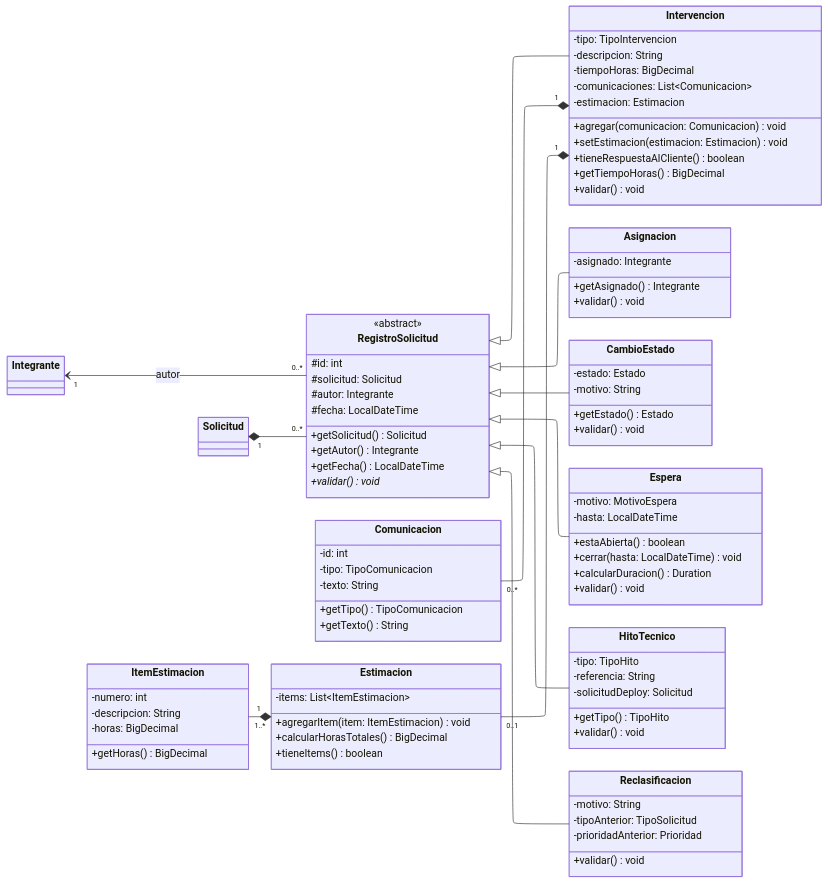
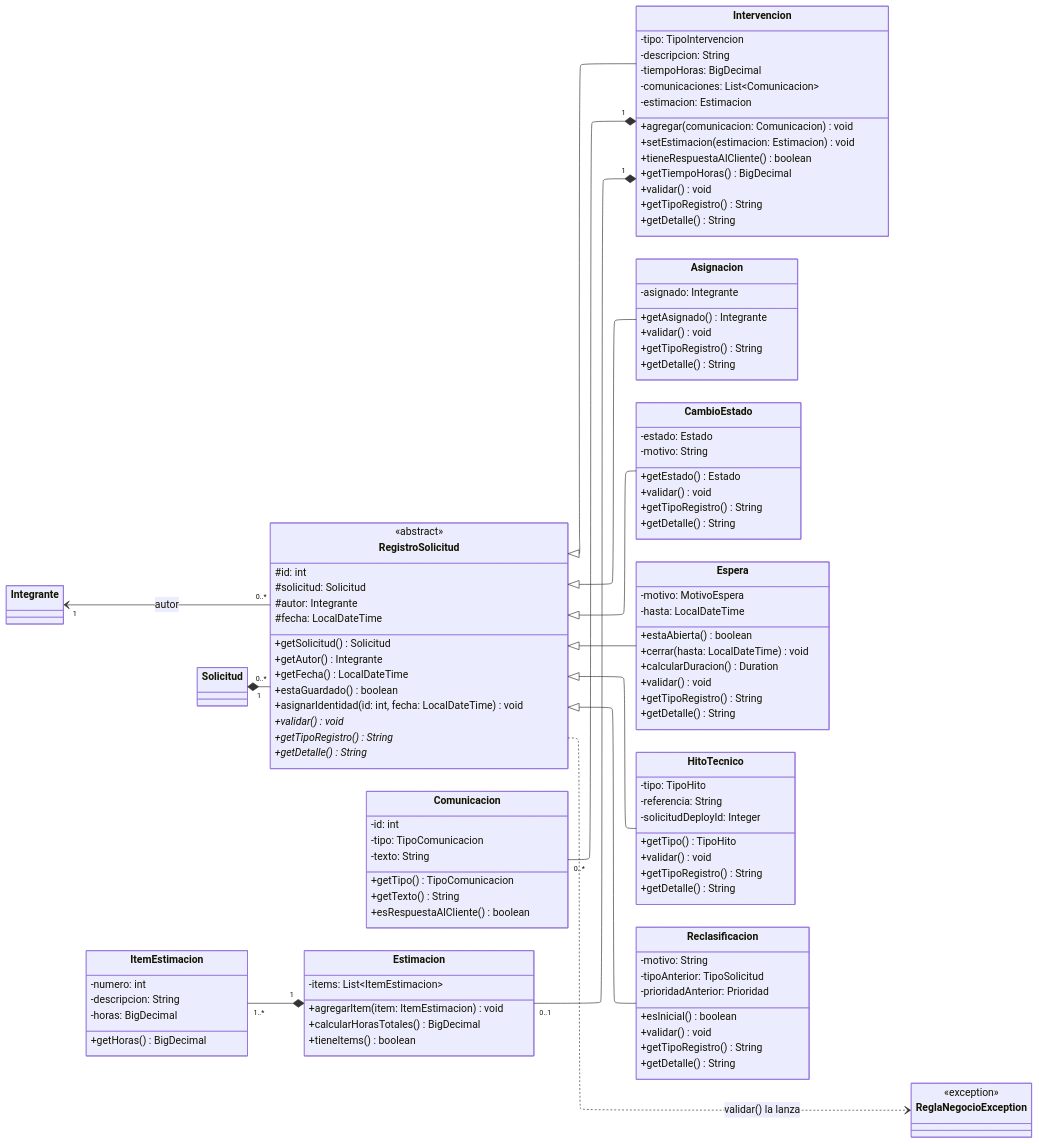
One commit to jvillegas88/sistema-gestion-soporte changed the diagram in diagramas/10-clases-diseno-2.mmd. Above: the diagram before and after it, drawn with Mermaid. The commit also changed 7 other files, not shown here.

First line of the commit message:
Diagramas de diseño actualizados con el código del TP3

```diff
--- a/diagramas/10-clases-diseno-2.mmd
+++ b/diagramas/10-clases-diseno-2.mmd
@@ -1,96 +1,118 @@
 ---
 config:
   layout: elk
   class:
     padding: 7
   themeCSS: ".nodeLabel, .nodeLabel p, .label foreignObject div { line-height: 1.15 !important; }"
 ---
 classDiagram
     direction LR
     class Solicitud
     class Integrante
     class RegistroSolicitud {
         <<abstract>>
         #id: int
         #solicitud: Solicitud
         #autor: Integrante
         #fecha: LocalDateTime
         +getSolicitud() Solicitud
         +getAutor() Integrante
         +getFecha() LocalDateTime
+        +estaGuardado() boolean
+        +asignarIdentidad(id: int, fecha: LocalDateTime) void
         +validar() void*
+        +getTipoRegistro() String*
+        +getDetalle() String*
+    }
+    class ReglaNegocioException {
+        <<exception>>
     }
     class Intervencion {
         -tipo: TipoIntervencion
         -descripcion: String
         -tiempoHoras: BigDecimal
         -comunicaciones: List~Comunicacion~
         -estimacion: Estimacion
         +agregar(comunicacion: Comunicacion) void
         +setEstimacion(estimacion: Estimacion) void
         +tieneRespuestaAlCliente() boolean
         +getTiempoHoras() BigDecimal
         +validar() void
+        +getTipoRegistro() String
+        +getDetalle() String
     }
     class Asignacion {
         -asignado: Integrante
         +getAsignado() Integrante
         +validar() void
+        +getTipoRegistro() String
+        +getDetalle() String
     }
     class CambioEstado {
         -estado: Estado
         -motivo: String
         +getEstado() Estado
         +validar() void
+        +getTipoRegistro() String
+        +getDetalle() String
     }
     class Espera {
         -motivo: MotivoEspera
         -hasta: LocalDateTime
         +estaAbierta() boolean
         +cerrar(hasta: LocalDateTime) void
         +calcularDuracion() Duration
         +validar() void
+        +getTipoRegistro() String
+        +getDetalle() String
     }
     class HitoTecnico {
         -tipo: TipoHito
         -referencia: String
-        -solicitudDeploy: Solicitud
+        -solicitudDeployId: Integer
         +getTipo() TipoHito
         +validar() void
+        +getTipoRegistro() String
+        +getDetalle() String
     }
     class Reclasificacion {
         -motivo: String
         -tipoAnterior: TipoSolicitud
         -prioridadAnterior: Prioridad
+        +esInicial() boolean
         +validar() void
+        +getTipoRegistro() String
+        +getDetalle() String
     }
     class Comunicacion {
         -id: int
         -tipo: TipoComunicacion
         -texto: String
         +getTipo() TipoComunicacion
         +getTexto() String
+        +esRespuestaAlCliente() boolean
     }
     class Estimacion {
         -items: List~ItemEstimacion~
         +agregarItem(item: ItemEstimacion) void
         +calcularHorasTotales() BigDecimal
         +tieneItems() boolean
     }
     class ItemEstimacion {
         -numero: int
         -descripcion: String
         -horas: BigDecimal
         +getHoras() BigDecimal
     }
     Solicitud "1" *-- "0..*" RegistroSolicitud
     Integrante "1" <-- "0..*" RegistroSolicitud : autor
     RegistroSolicitud <|-- Intervencion
     RegistroSolicitud <|-- Asignacion
     RegistroSolicitud <|-- CambioEstado
     RegistroSolicitud <|-- Espera
     RegistroSolicitud <|-- HitoTecnico
     RegistroSolicitud <|-- Reclasificacion
+    RegistroSolicitud ..> ReglaNegocioException : validar() la lanza
     Comunicacion "0..*" --* "1" Intervencion
     Estimacion "0..1" --* "1" Intervencion
     ItemEstimacion "1..*" --* "1" Estimacion
```
